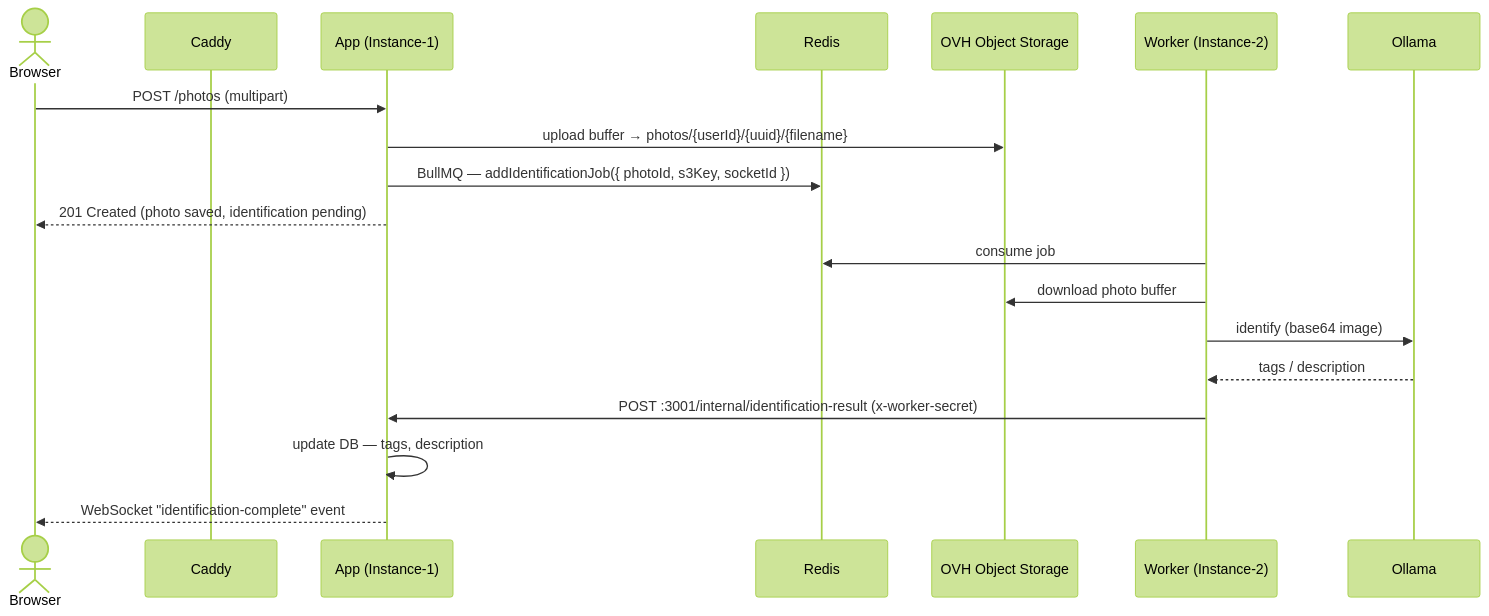
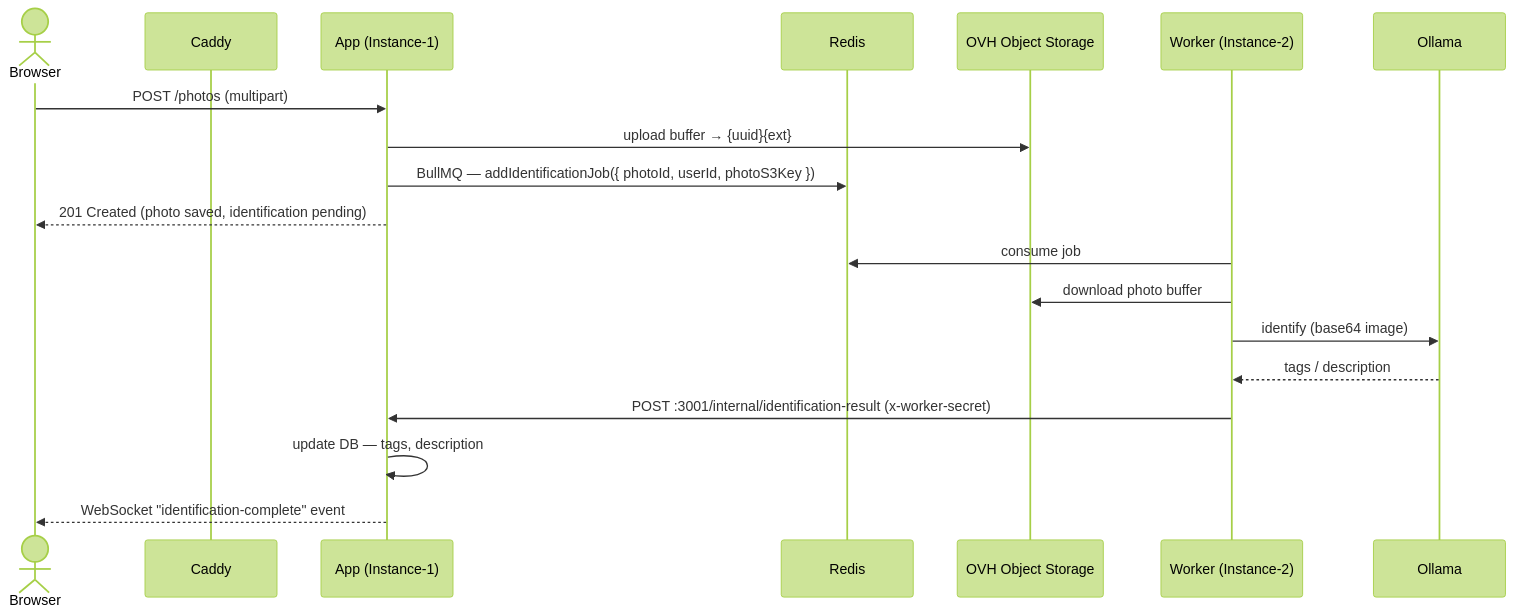
One commit to gagabzh/sitePhoto changed the second of 3 diagrams in docs/architecture/architecture.md. Above: the diagram before and after it, drawn with Mermaid (forest theme). The commit also changed other lines of this file and 4 other files, not shown here.

First line of the commit message:
docs: accuracy fixes across CLAUDE.md, README, architecture, infra runbook, and .env.example

````diff
--- a/docs/architecture/architecture.md
+++ b/docs/architecture/architecture.md
@@ -56,23 +56,23 @@
 ```mermaid
 sequenceDiagram
     actor User as Browser
     participant Caddy
     participant App as App (Instance-1)
     participant Redis
     participant S3 as OVH Object Storage
     participant Worker as Worker (Instance-2)
     participant Ollama
 
     User->>App: POST /photos (multipart)
-    App->>S3: upload buffer → photos/{userId}/{uuid}/{filename}
-    App->>Redis: BullMQ — addIdentificationJob({ photoId, s3Key, socketId })
+    App->>S3: upload buffer → {uuid}{ext}
+    App->>Redis: BullMQ — addIdentificationJob({ photoId, userId, photoS3Key })
     App-->>User: 201 Created (photo saved, identification pending)
 
     Worker->>Redis: consume job
     Worker->>S3: download photo buffer
     Worker->>Ollama: identify (base64 image)
     Ollama-->>Worker: tags / description
     Worker->>App: POST :3001/internal/identification-result (x-worker-secret)
     App->>App: update DB — tags, description
     App-->>User: WebSocket "identification-complete" event
 ```
````
